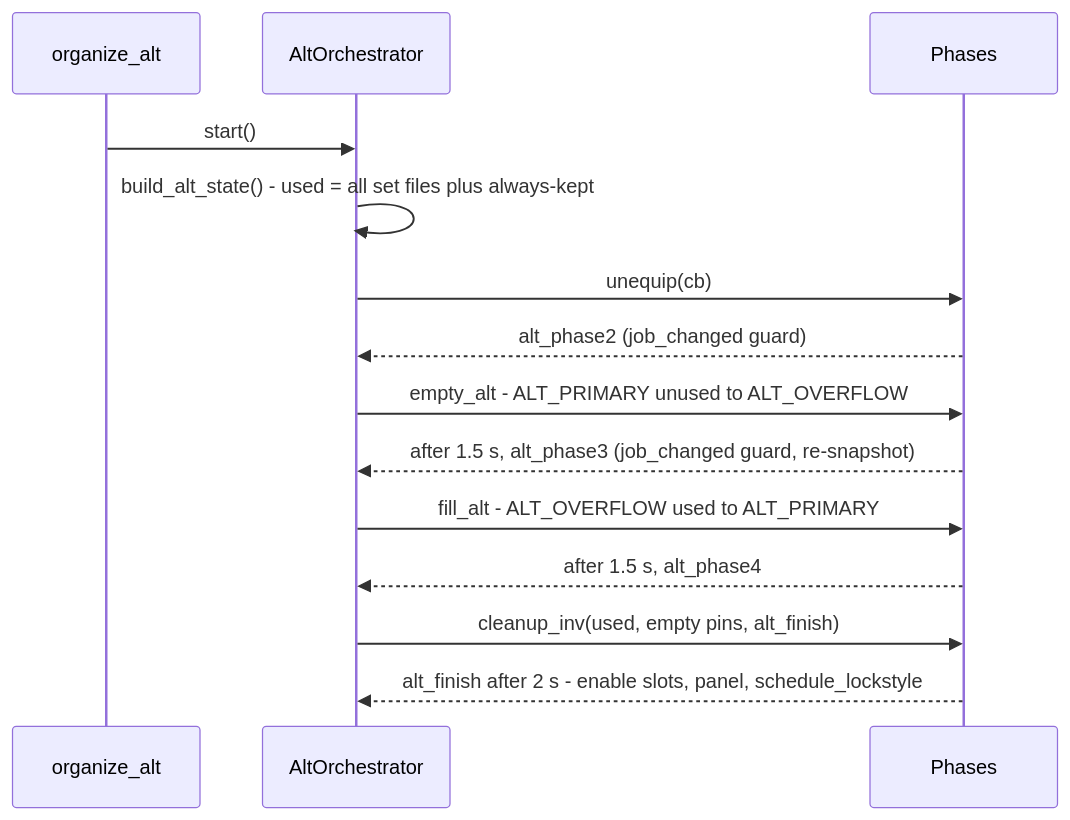
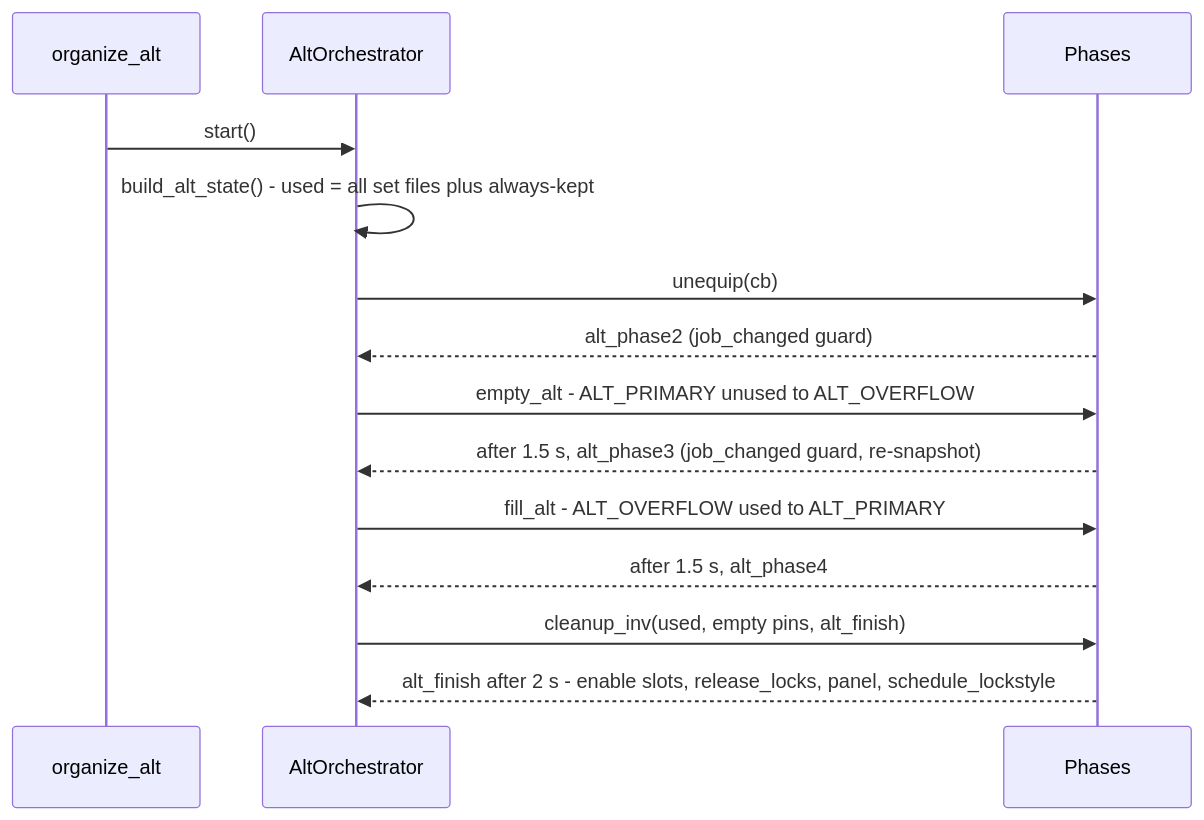
The third of 3 diagrams in docs/dev/systems/wardrobe-organizer.md (ejouanchicot/Gearswap), drawn with Mermaid before and after one commit. The commit also changed other lines of this file and 81 other files, not shown here.

````diff
--- a/docs/dev/systems/wardrobe-organizer.md
+++ b/docs/dev/systems/wardrobe-organizer.md
@@ -183,16 +187,16 @@
 ```mermaid
 sequenceDiagram
     participant O as organize_alt
     participant A as AltOrchestrator
     participant P as Phases
     O->>A: start()
     A->>A: build_alt_state() - used = all set files plus always-kept
     A->>P: unequip(cb)
     P-->>A: alt_phase2 (job_changed guard)
     A->>P: empty_alt - ALT_PRIMARY unused to ALT_OVERFLOW
     P-->>A: after 1.5 s, alt_phase3 (job_changed guard, re-snapshot)
     A->>P: fill_alt - ALT_OVERFLOW used to ALT_PRIMARY
     P-->>A: after 1.5 s, alt_phase4
     A->>P: cleanup_inv(used, empty pins, alt_finish)
-    P-->>A: alt_finish after 2 s - enable slots, panel, schedule_lockstyle
+    P-->>A: alt_finish after 2 s - enable slots, release_locks, panel, schedule_lockstyle
 ```
````
